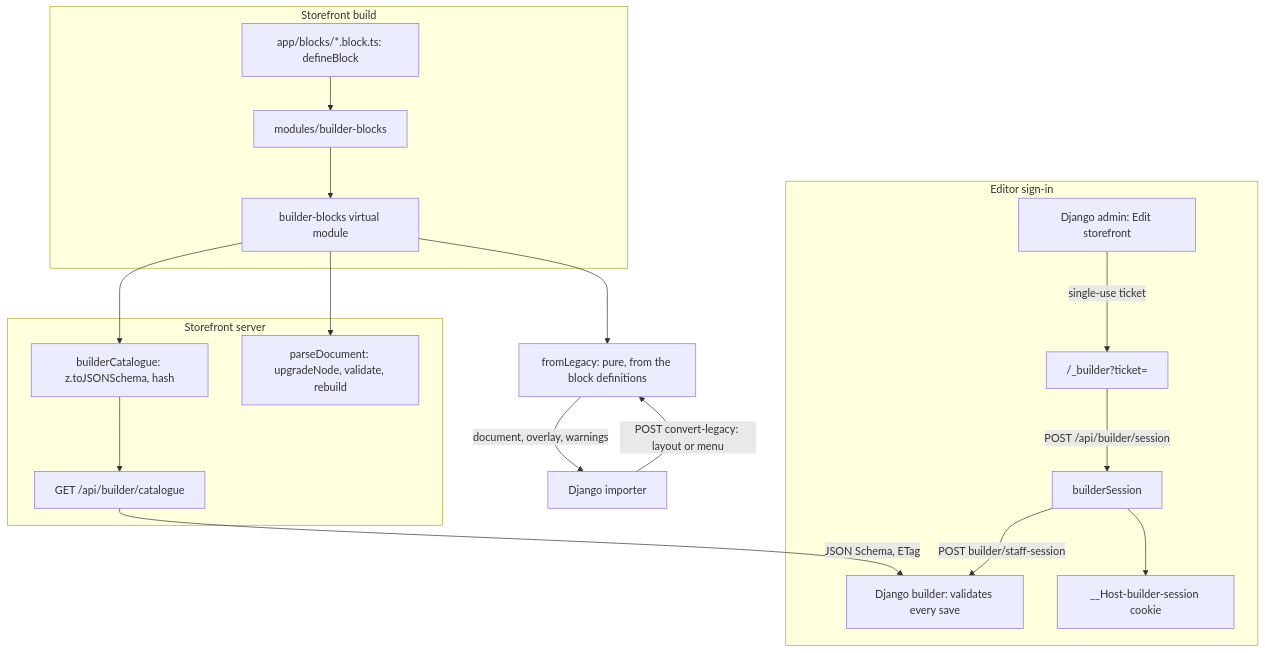
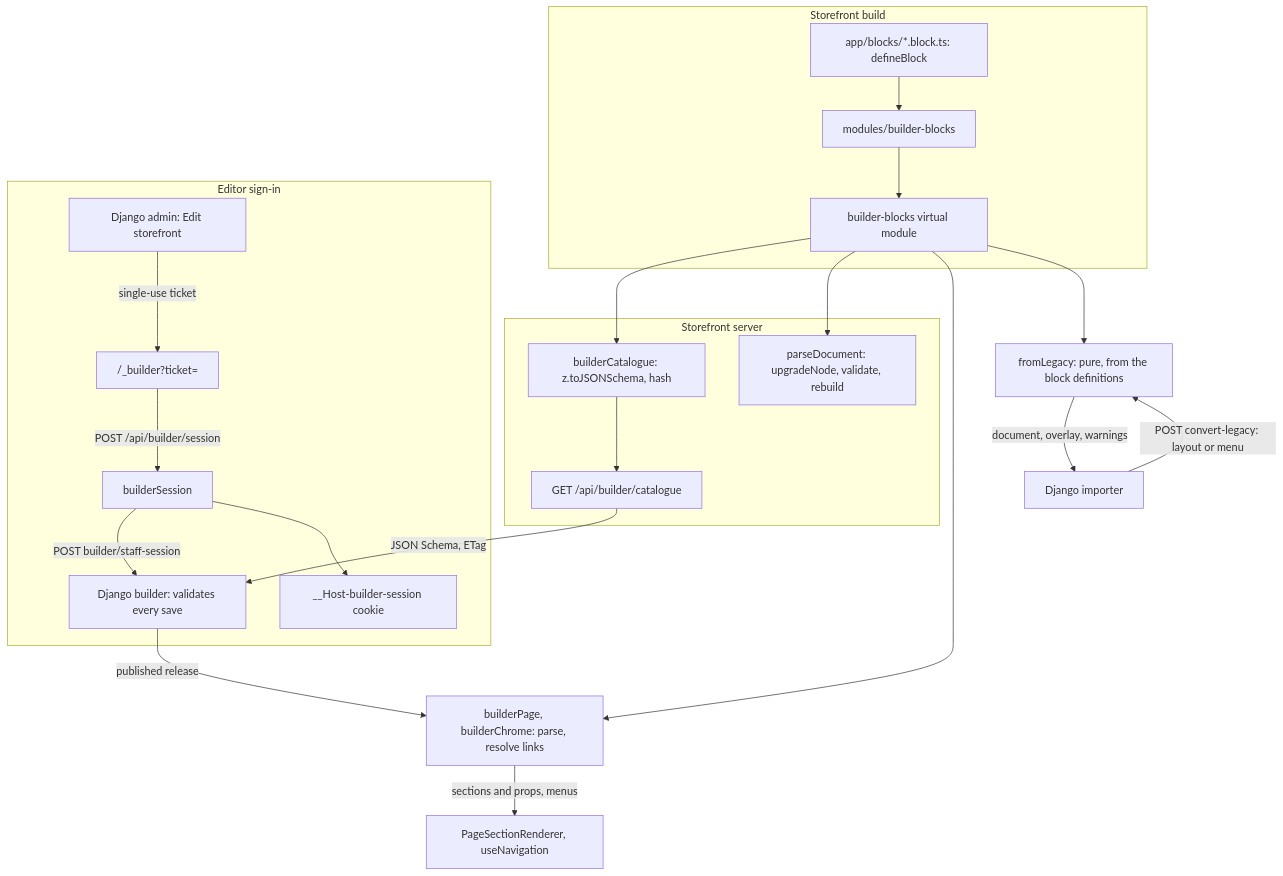
The diagram in src/dev/flows/page-builder.md (vasilistotskas/grooveshop-docs), drawn with Mermaid before and after one commit. The commit also changed other lines of this file, not shown here.

First line of the commit message:
docs(dev): describe the links of a block and the render from the builder

````diff
--- a/src/dev/flows/page-builder.md
+++ b/src/dev/flows/page-builder.md
@@ -27,26 +27,30 @@
 ```mermaid
 flowchart TD
   subgraph Build["Storefront build"]
     Defs["app/blocks/*.block.ts: defineBlock"] --> Mod["modules/builder-blocks"]
     Mod --> Virtual["builder-blocks virtual module"]
   end
 
   subgraph Server["Storefront server"]
     Virtual --> Catalogue["builderCatalogue: z.toJSONSchema, hash"]
     Catalogue --> Endpoint["GET /api/builder/catalogue"]
     Virtual --> Parse["parseDocument: upgradeNode, validate, rebuild"]
   end
 
   Endpoint -->|"JSON Schema, ETag"| Django["Django builder: validates every save"]
 
+  Django -->|"published release"| Pages["builderPage, builderChrome: parse, resolve links"]
+  Virtual --> Pages
+  Pages -->|"sections and props, menus"| Render["PageSectionRenderer, useNavigation"]
+
   Importer["Django importer"] -->|"POST convert-legacy: layout or menu"| Convert["fromLegacy: pure, from the block definitions"]
   Virtual --> Convert
   Convert -->|"document, overlay, warnings"| Importer
 
   subgraph Editor["Editor sign-in"]
     Admin["Django admin: Edit storefront"] -->|"single-use ticket"| Page["/_builder?ticket="]
     Page -->|"POST /api/builder/session"| Session["builderSession"]
     Session -->|"POST builder/staff-session"| Django
     Session --> Cookie["__Host-builder-session cookie"]
   end
 ```
````
